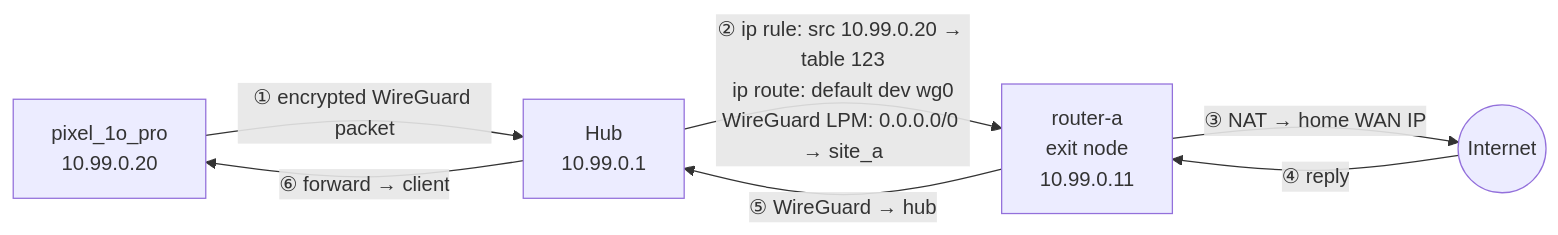
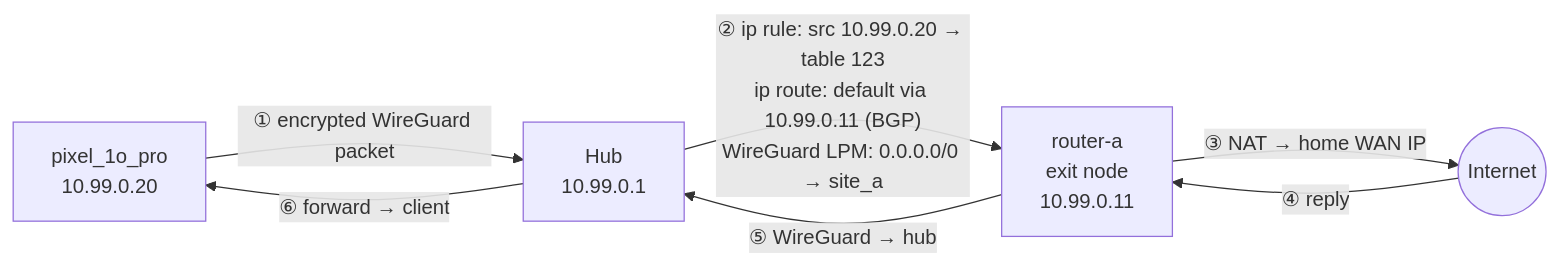
Before and after one commit to ilyasirotin/wg-hub-provisioning: the second of 3 diagrams in OVERVIEW_ru.md, drawn with Mermaid. The commit also changed other lines of this file and 13 other files, not shown here.

````diff
--- a/OVERVIEW_ru.md
+++ b/OVERVIEW_ru.md
@@ -181,14 +192,14 @@
 ```mermaid
 flowchart LR
     PH["pixel_1o_pro\n10.99.0.20"]
     HUB["Hub\n10.99.0.1"]
     RA["router-a\nexit node\n10.99.0.11"]
     INET((Internet))
 
     PH -->|"① encrypted WireGuard packet"| HUB
-    HUB -->|"② ip rule: src 10.99.0.20 → table 123\nip route: default dev wg0\nWireGuard LPM: 0.0.0.0/0 → site_a"| RA
+    HUB -->|"② ip rule: src 10.99.0.20 → table 123\nip route: default via 10.99.0.11 (BGP)\nWireGuard LPM: 0.0.0.0/0 → site_a"| RA
     RA -->|"③ NAT → home WAN IP"| INET
     INET -->|"④ reply"| RA
     RA -->|"⑤ WireGuard → hub"| HUB
     HUB -->|"⑥ forward → client"| PH
 ```
````
